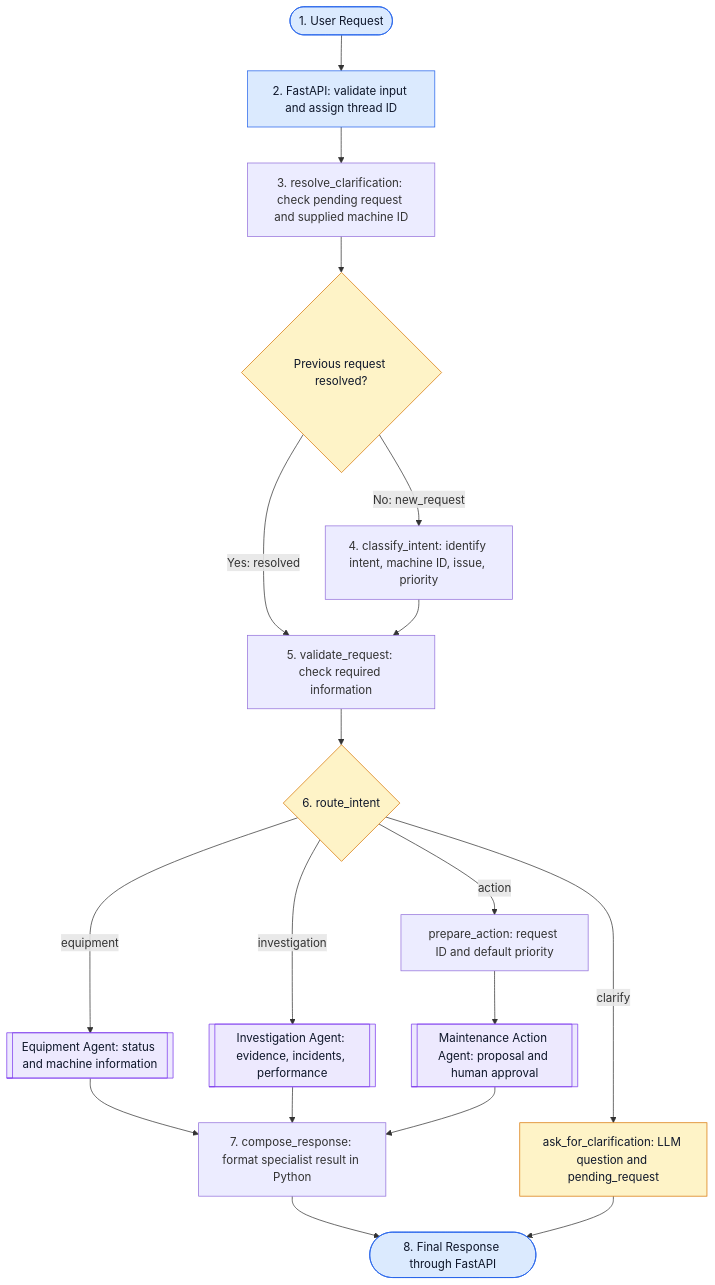
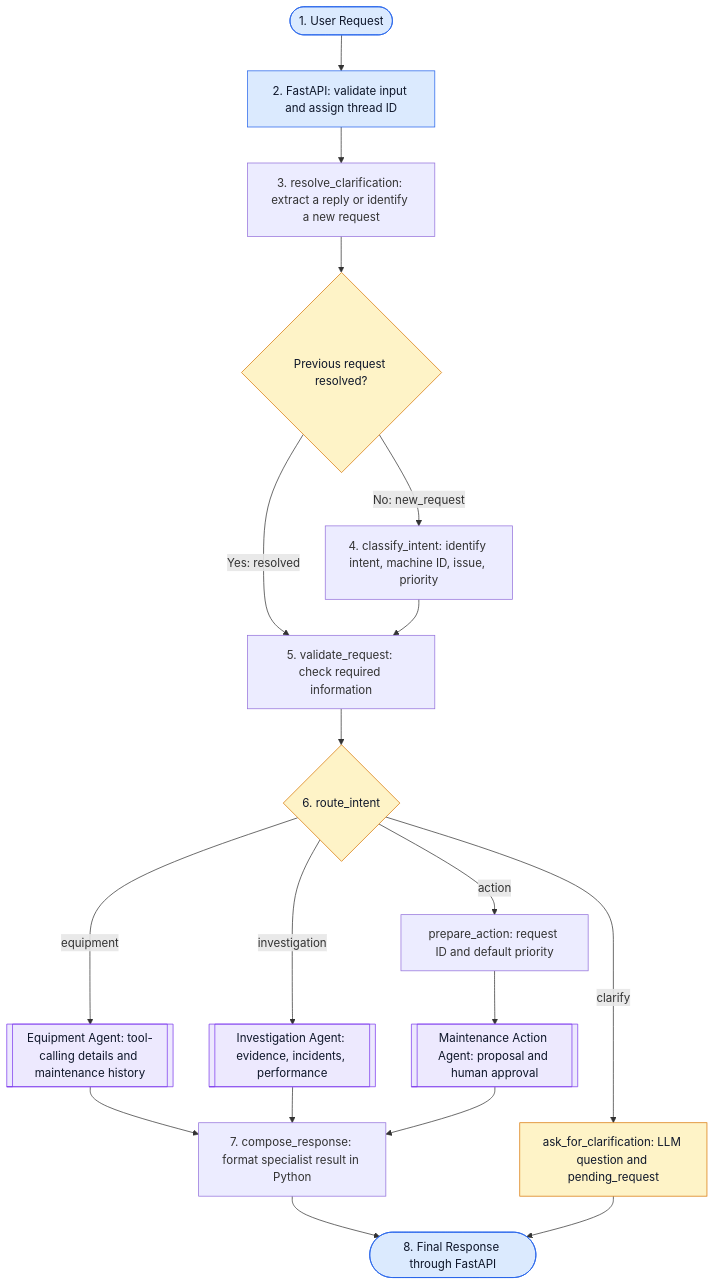
The first of 5 diagrams in README.md (Sol1986/Manufacturing-AI-Operations-Agent), drawn with Mermaid before and after one commit. The commit also changed other lines of this file and 23 other files, not shown here.

````diff
--- a/README.md
+++ b/README.md
@@ -62,39 +66,39 @@
 ```mermaid
 flowchart TD
     userRequest(["1. User Request"])
     apiLayer["2. FastAPI: validate input and assign thread ID"]
-    resolveClarification["3. resolve_clarification: check pending request and supplied machine ID"]
+    resolveClarification["3. resolve_clarification: extract a reply or identify a new request"]
     routeClarification{"Previous request resolved?"}
     classifyIntent["4. classify_intent: identify intent, machine ID, issue, priority"]
     validateRequest["5. validate_request: check required information"]
     routeIntent{"6. route_intent"}
-    equipmentAgent[["Equipment Agent: status and machine information"]]
+    equipmentAgent[["Equipment Agent: tool-calling details and maintenance history"]]
     investigationAgent[["Investigation Agent: evidence, incidents, performance"]]
     prepareAction["prepare_action: request ID and default priority"]
     actionAgent[["Maintenance Action Agent: proposal and human approval"]]
     clarifyRequest["ask_for_clarification: LLM question and pending_request"]
     composeResponse["7. compose_response: format specialist result in Python"]
     finalResponse(["8. Final Response through FastAPI"])
 
     userRequest --> apiLayer --> resolveClarification --> routeClarification
     routeClarification -->|"Yes: resolved"| validateRequest
     routeClarification -->|"No: new_request"| classifyIntent
     classifyIntent --> validateRequest --> routeIntent
     routeIntent -->|"equipment"| equipmentAgent
     routeIntent -->|"investigation"| investigationAgent
     routeIntent -->|"action"| prepareAction
     prepareAction --> actionAgent
     routeIntent -->|"clarify"| clarifyRequest
     equipmentAgent --> composeResponse
     investigationAgent --> composeResponse
     actionAgent --> composeResponse
     composeResponse --> finalResponse
     clarifyRequest --> finalResponse
 
     classDef entry fill:#dbeafe,stroke:#2563eb,color:#0f172a;
     classDef specialist fill:#ede9fe,stroke:#7c3aed,color:#0f172a;
     classDef decision fill:#fef3c7,stroke:#d97706,color:#0f172a;
     class userRequest,apiLayer,finalResponse entry;
     class equipmentAgent,investigationAgent,actionAgent specialist;
     class routeClarification,routeIntent,clarifyRequest decision;
 ```
````
